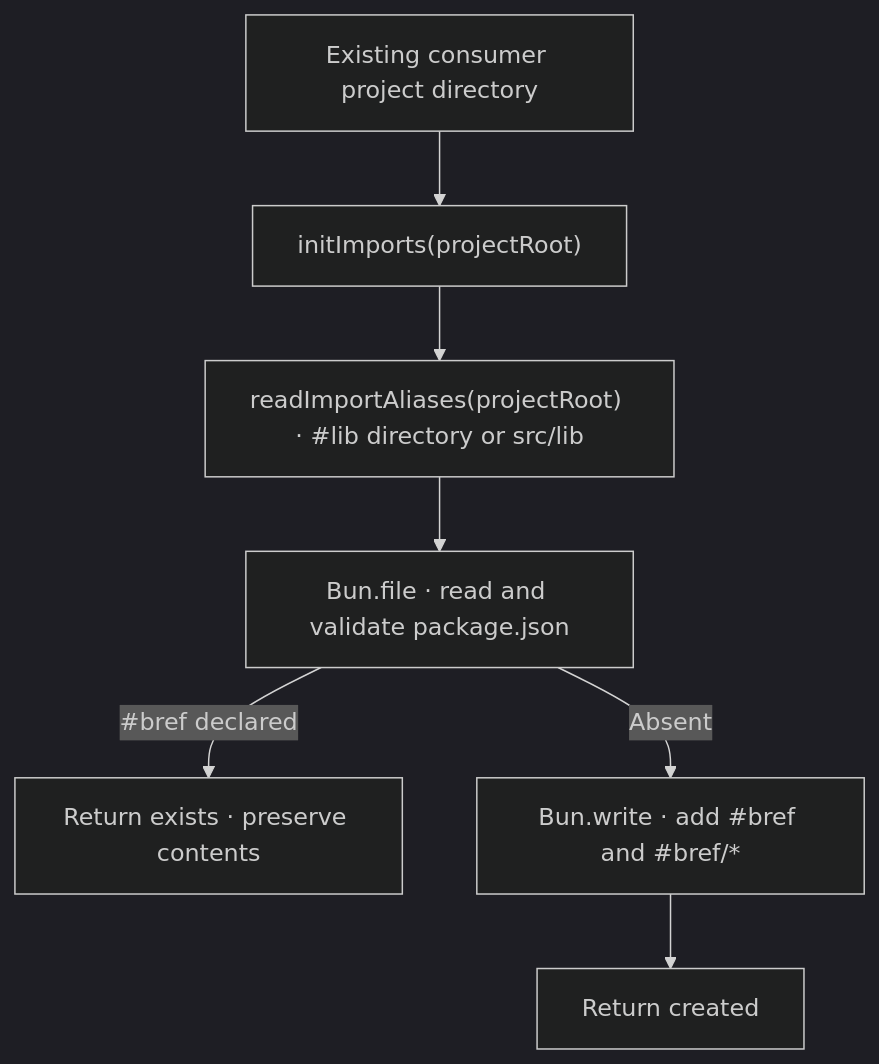
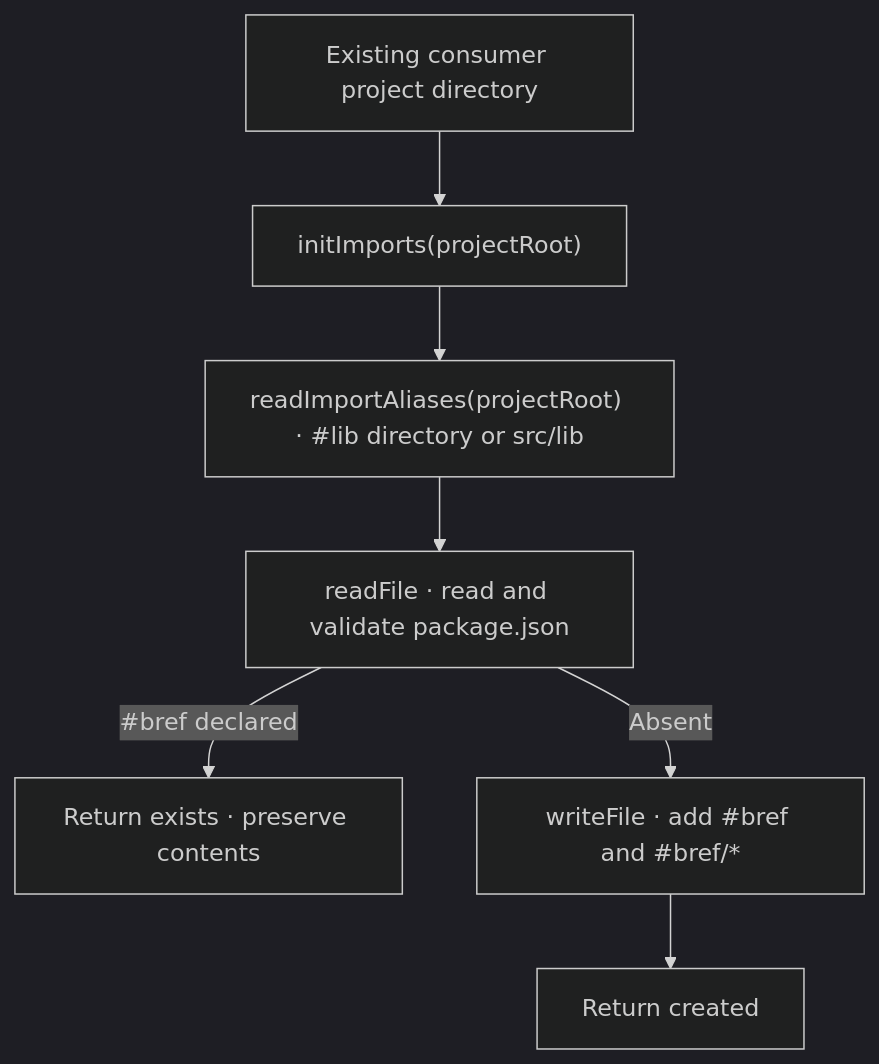
One commit to feuersteiner/bref-ui changed the second of 3 diagrams in core/cli/commands/README.md. Above: the diagram before and after it, drawn with Mermaid (dark theme). The commit also changed other lines of this file and 22 other files, not shown here.

````diff
--- a/core/cli/commands/README.md
+++ b/core/cli/commands/README.md
@@ -49,9 +49,9 @@
 ```mermaid
 flowchart TD
     project["Existing consumer project directory"] --> init["initImports(projectRoot)"]
     init --> lib["readImportAliases(projectRoot) · #lib directory or src/lib"]
-    lib --> manifest["Bun.file · read and validate package.json"]
+    lib --> manifest["readFile · read and validate package.json"]
     manifest -->|#bref declared| preserve["Return exists · preserve contents"]
-    manifest -->|Absent| write["Bun.write · add #bref and #bref/*"]
+    manifest -->|Absent| write["writeFile · add #bref and #bref/*"]
     write --> created["Return created"]
 ```
````
